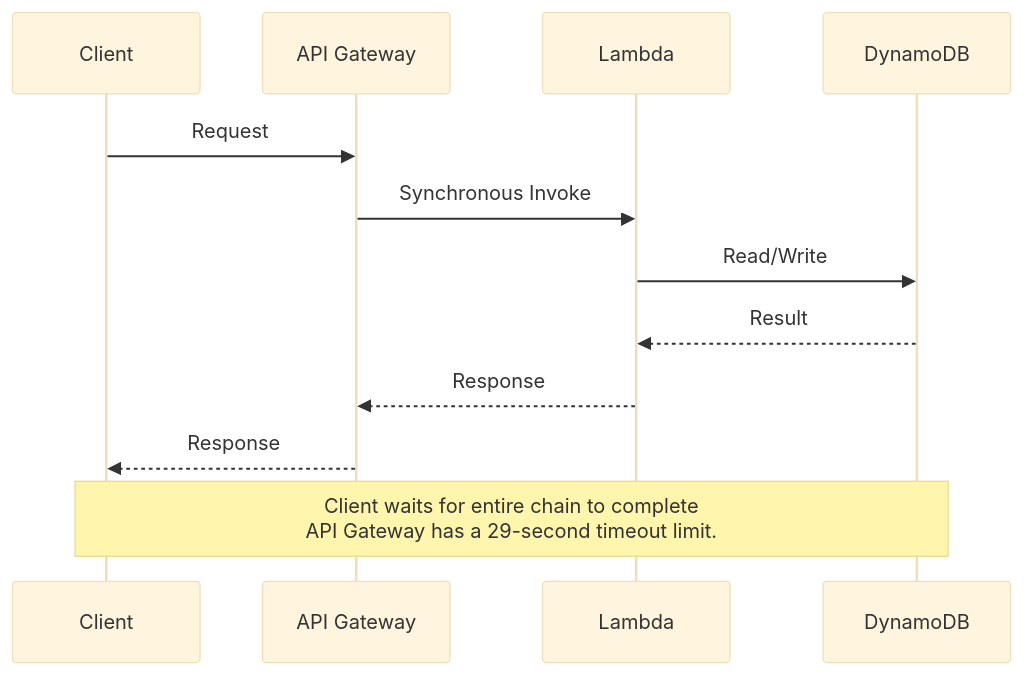
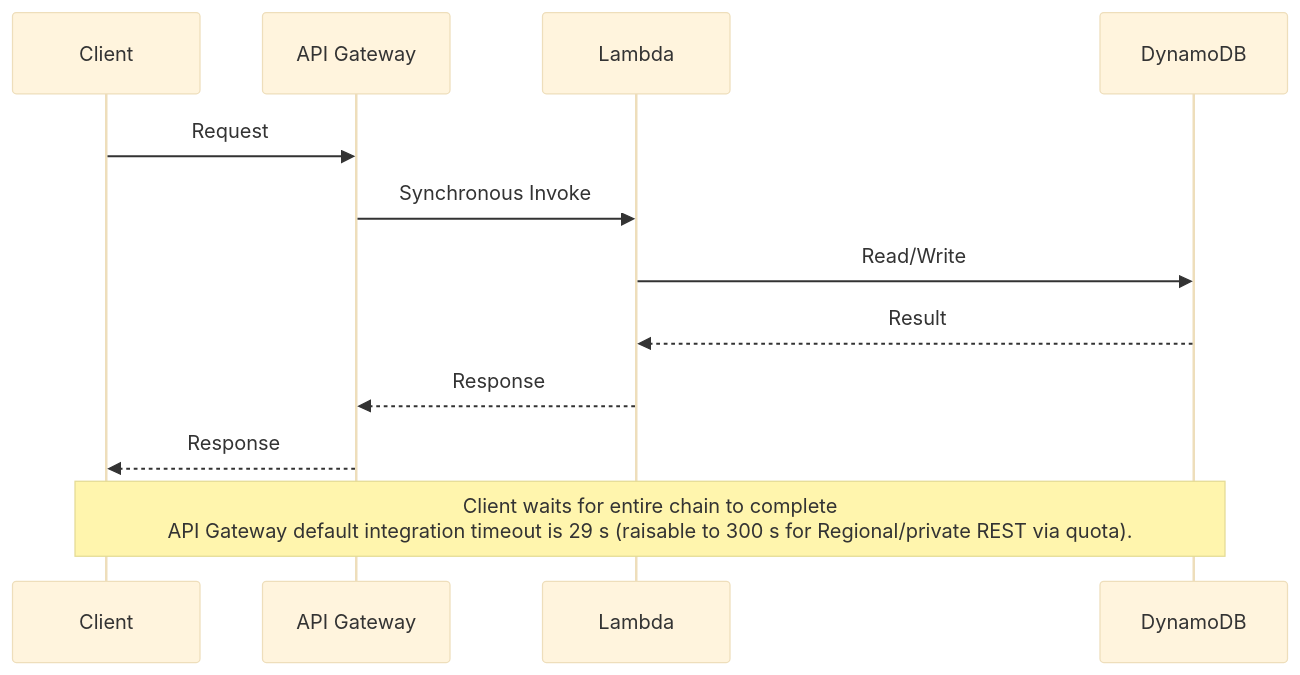
Before and after one commit to kube-dojo/kube-dojo: the second of 11 diagrams in src/content/docs/cloud/aws-essentials/module-1.8-lambda.md, drawn with Mermaid (base theme). The commit also changed other lines of this file and 2 other files, not shown here.

````diff
--- a/src/content/docs/cloud/aws-essentials/module-1.8-lambda.md
+++ b/src/content/docs/cloud/aws-essentials/module-1.8-lambda.md
@@ -144,16 +146,16 @@
 ```mermaid
 sequenceDiagram
     participant Client
     participant APIGateway as API Gateway
     participant Lambda
     participant DynamoDB
     
     Client->>APIGateway: Request
     APIGateway->>Lambda: Synchronous Invoke
     Lambda->>DynamoDB: Read/Write
     DynamoDB-->>Lambda: Result
     Lambda-->>APIGateway: Response
     APIGateway-->>Client: Response
     
-    Note over Client,DynamoDB: Client waits for entire chain to complete<br/>API Gateway has a 29-second timeout limit.
+    Note over Client,DynamoDB: Client waits for entire chain to complete<br/>API Gateway default integration timeout is 29 s (raisable to 300 s for Regional/private REST via quota).
 ```
````
